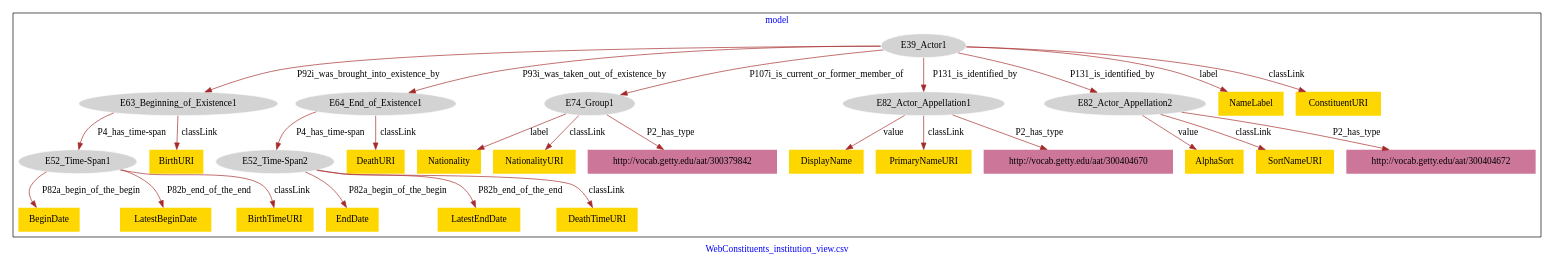
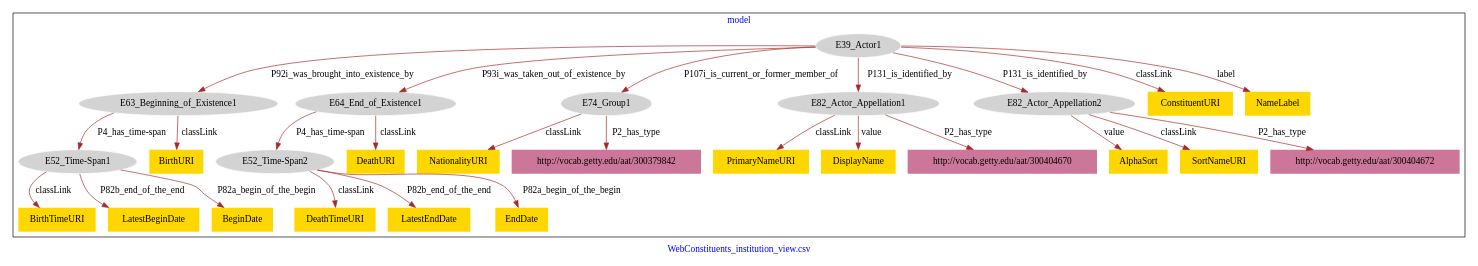
Before and after one commit to american-art/SAAM: the diagram in WebConstituents_institution_view/WebConstituents_institution_view-model.dot, drawn with Graphviz.

Commit message:
Update file WebConstituents_institution_view-model.dot

```diff
--- a/WebConstituents_institution_view/WebConstituents_institution_view-model.dot
+++ b/WebConstituents_institution_view/WebConstituents_institution_view-model.dot
@@ -1,61 +1,59 @@
 digraph n0 {
 fontcolor="blue"
 remincross="true"
 label="WebConstituents_institution_view.csv"
 subgraph cluster {
 label="model"
 n2[style="filled",color="white",fillcolor="lightgray",label="E39_Actor1"];
 n3[style="filled",color="white",fillcolor="lightgray",label="E63_Beginning_of_Existence1"];
 n4[style="filled",color="white",fillcolor="lightgray",label="E64_End_of_Existence1"];
 n5[style="filled",color="white",fillcolor="lightgray",label="E74_Group1"];
 n6[style="filled",color="white",fillcolor="lightgray",label="E82_Actor_Appellation1"];
 n7[style="filled",color="white",fillcolor="lightgray",label="E82_Actor_Appellation2"];
 n8[style="filled",color="white",fillcolor="lightgray",label="E52_Time-Span1"];
 n9[style="filled",color="white",fillcolor="lightgray",label="E52_Time-Span2"];
-n10[shape="plaintext",style="filled",fillcolor="gold",label="EndDate"];
-n11[shape="plaintext",style="filled",fillcolor="gold",label="Nationality"];
-n12[shape="plaintext",style="filled",fillcolor="gold",label="NationalityURI"];
-n13[shape="plaintext",style="filled",fillcolor="gold",label="NameLabel"];
+n10[shape="plaintext",style="filled",fillcolor="gold",label="DeathTimeURI"];
+n11[shape="plaintext",style="filled",fillcolor="gold",label="ConstituentURI"];
+n12[shape="plaintext",style="filled",fillcolor="gold",label="BirthURI"];
+n13[shape="plaintext",style="filled",fillcolor="gold",label="AlphaSort"];
 n14[shape="plaintext",style="filled",fillcolor="gold",label="DeathURI"];
-n15[shape="plaintext",style="filled",fillcolor="gold",label="ConstituentURI"];
-n16[shape="plaintext",style="filled",fillcolor="gold",label="LatestEndDate"];
-n17[shape="plaintext",style="filled",fillcolor="gold",label="AlphaSort"];
-n18[shape="plaintext",style="filled",fillcolor="gold",label="DisplayName"];
-n19[shape="plaintext",style="filled",fillcolor="gold",label="BeginDate"];
-n20[shape="plaintext",style="filled",fillcolor="gold",label="DeathTimeURI"];
-n21[shape="plaintext",style="filled",fillcolor="gold",label="PrimaryNameURI"];
-n22[shape="plaintext",style="filled",fillcolor="gold",label="LatestBeginDate"];
-n23[shape="plaintext",style="filled",fillcolor="gold",label="BirthURI"];
-n24[shape="plaintext",style="filled",fillcolor="gold",label="SortNameURI"];
-n25[shape="plaintext",style="filled",fillcolor="gold",label="BirthTimeURI"];
-n26[shape="plaintext",style="filled",fillcolor="#CC7799",label="http://vocab.getty.edu/aat/300379842"];
-n27[shape="plaintext",style="filled",fillcolor="#CC7799",label="http://vocab.getty.edu/aat/300404670"];
-n28[shape="plaintext",style="filled",fillcolor="#CC7799",label="http://vocab.getty.edu/aat/300404672"];
+n15[shape="plaintext",style="filled",fillcolor="gold",label="LatestEndDate"];
+n16[shape="plaintext",style="filled",fillcolor="gold",label="BirthTimeURI"];
+n17[shape="plaintext",style="filled",fillcolor="gold",label="PrimaryNameURI"];
+n18[shape="plaintext",style="filled",fillcolor="gold",label="EndDate"];
+n19[shape="plaintext",style="filled",fillcolor="gold",label="SortNameURI"];
+n20[shape="plaintext",style="filled",fillcolor="gold",label="LatestBeginDate"];
+n21[shape="plaintext",style="filled",fillcolor="gold",label="BeginDate"];
+n22[shape="plaintext",style="filled",fillcolor="gold",label="NationalityURI"];
+n23[shape="plaintext",style="filled",fillcolor="gold",label="NameLabel"];
+n24[shape="plaintext",style="filled",fillcolor="gold",label="DisplayName"];
+n25[shape="plaintext",style="filled",fillcolor="#CC7799",label="http://vocab.getty.edu/aat/300379842"];
+n26[shape="plaintext",style="filled",fillcolor="#CC7799",label="http://vocab.getty.edu/aat/300404670"];
+n27[shape="plaintext",style="filled",fillcolor="#CC7799",label="http://vocab.getty.edu/aat/300404672"];
 }
 n2 -> n3[color="brown",fontcolor="black",label="P92i_was_brought_into_existence_by"]
 n2 -> n4[color="brown",fontcolor="black",label="P93i_was_taken_out_of_existence_by"]
 n2 -> n5[color="brown",fontcolor="black",label="P107i_is_current_or_former_member_of"]
 n2 -> n6[color="brown",fontcolor="black",label="P131_is_identified_by"]
 n2 -> n7[color="brown",fontcolor="black",label="P131_is_identified_by"]
 n3 -> n8[color="brown",fontcolor="black",label="P4_has_time-span"]
 n4 -> n9[color="brown",fontcolor="black",label="P4_has_time-span"]
-n9 -> n10[color="brown",fontcolor="black",label="P82a_begin_of_the_begin"]
-n5 -> n11[color="brown",fontcolor="black",label="label"]
-n5 -> n12[color="brown",fontcolor="black",label="classLink"]
-n2 -> n13[color="brown",fontcolor="black",label="label"]
+n9 -> n10[color="brown",fontcolor="black",label="classLink"]
+n2 -> n11[color="brown",fontcolor="black",label="classLink"]
+n3 -> n12[color="brown",fontcolor="black",label="classLink"]
+n7 -> n13[color="brown",fontcolor="black",label="value"]
 n4 -> n14[color="brown",fontcolor="black",label="classLink"]
-n2 -> n15[color="brown",fontcolor="black",label="classLink"]
-n9 -> n16[color="brown",fontcolor="black",label="P82b_end_of_the_end"]
-n7 -> n17[color="brown",fontcolor="black",label="value"]
-n6 -> n18[color="brown",fontcolor="black",label="value"]
-n8 -> n19[color="brown",fontcolor="black",label="P82a_begin_of_the_begin"]
-n9 -> n20[color="brown",fontcolor="black",label="classLink"]
-n6 -> n21[color="brown",fontcolor="black",label="classLink"]
-n8 -> n22[color="brown",fontcolor="black",label="P82b_end_of_the_end"]
-n3 -> n23[color="brown",fontcolor="black",label="classLink"]
-n7 -> n24[color="brown",fontcolor="black",label="classLink"]
-n8 -> n25[color="brown",fontcolor="black",label="classLink"]
-n5 -> n26[color="brown",fontcolor="black",label="P2_has_type"]
-n6 -> n27[color="brown",fontcolor="black",label="P2_has_type"]
-n7 -> n28[color="brown",fontcolor="black",label="P2_has_type"]
+n9 -> n15[color="brown",fontcolor="black",label="P82b_end_of_the_end"]
+n8 -> n16[color="brown",fontcolor="black",label="classLink"]
+n6 -> n17[color="brown",fontcolor="black",label="classLink"]
+n9 -> n18[color="brown",fontcolor="black",label="P82a_begin_of_the_begin"]
+n7 -> n19[color="brown",fontcolor="black",label="classLink"]
+n8 -> n20[color="brown",fontcolor="black",label="P82b_end_of_the_end"]
+n8 -> n21[color="brown",fontcolor="black",label="P82a_begin_of_the_begin"]
+n5 -> n22[color="brown",fontcolor="black",label="classLink"]
+n2 -> n23[color="brown",fontcolor="black",label="label"]
+n6 -> n24[color="brown",fontcolor="black",label="value"]
+n5 -> n25[color="brown",fontcolor="black",label="P2_has_type"]
+n6 -> n26[color="brown",fontcolor="black",label="P2_has_type"]
+n7 -> n27[color="brown",fontcolor="black",label="P2_has_type"]
 }
```
